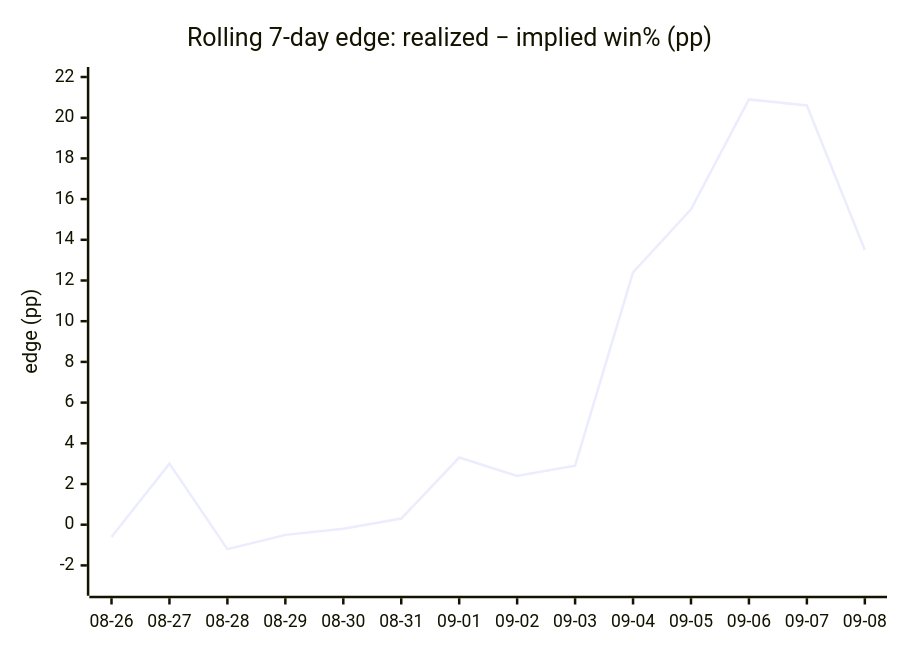
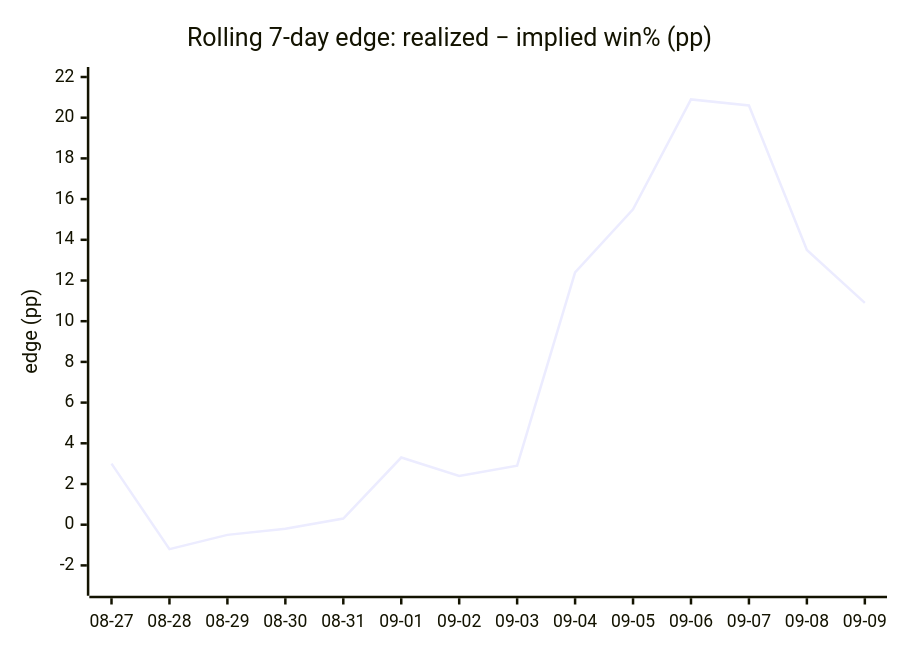
Before and after one commit to dpk1212/nhl-savant: the fourth of 4 diagrams in DAILY_AGSU_REPORT.md, drawn with Mermaid. The commit also changed other lines of this file, not shown here.

````diff
--- a/DAILY_AGSU_REPORT.md
+++ b/DAILY_AGSU_REPORT.md
@@ -873,7 +868,7 @@
 ```mermaid
 xychart-beta
     title "Rolling 7-day edge: realized − implied win% (pp)"
-    x-axis ["08-26", "08-27", "08-28", "08-29", "08-30", "08-31", "09-01", "09-02", "09-03", "09-04", "09-05", "09-06", "09-07", "09-08"]
+    x-axis ["08-27", "08-28", "08-29", "08-30", "08-31", "09-01", "09-02", "09-03", "09-04", "09-05", "09-06", "09-07", "09-08", "09-09"]
     y-axis "edge (pp)" -3 --> 22
-    line [-0.6, 3, -1.2, -0.5, -0.2, 0.3, 3.3, 2.4, 2.9, 12.4, 15.5, 20.9, 20.6, 13.5]
+    line [3, -1.2, -0.5, -0.2, 0.3, 3.3, 2.4, 2.9, 12.4, 15.5, 20.9, 20.6, 13.5, 10.9]
 ```
````
